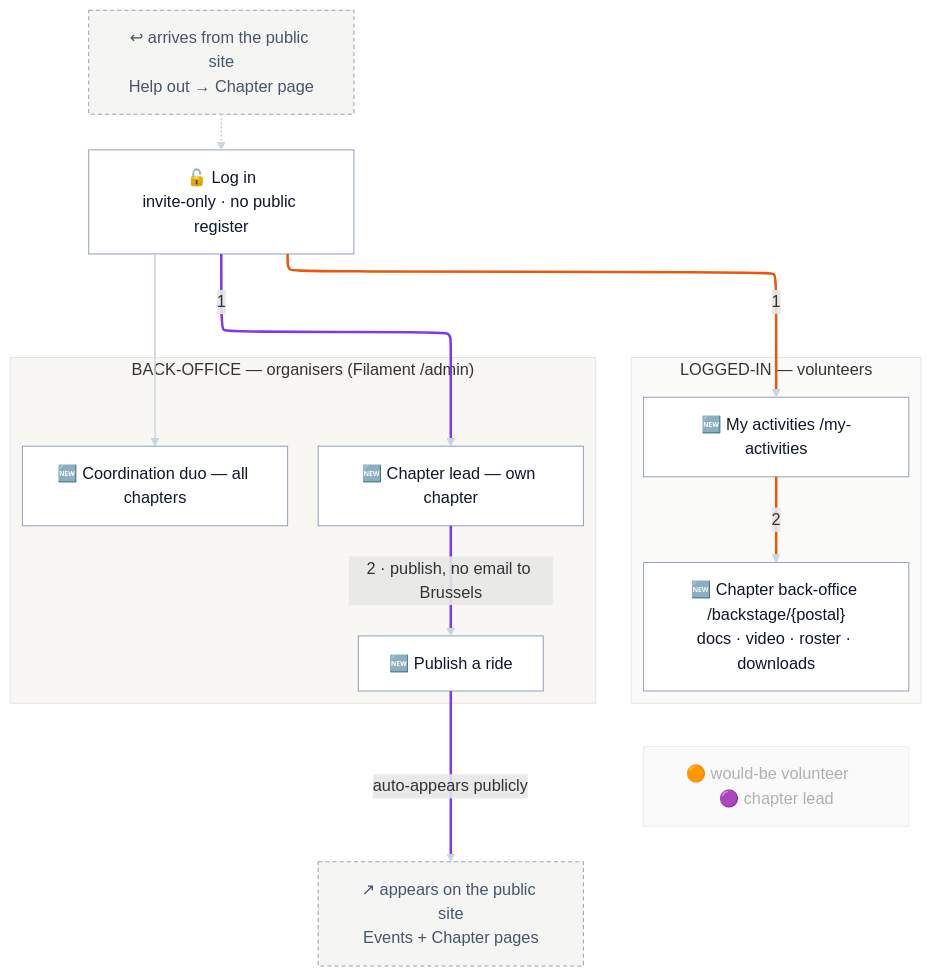
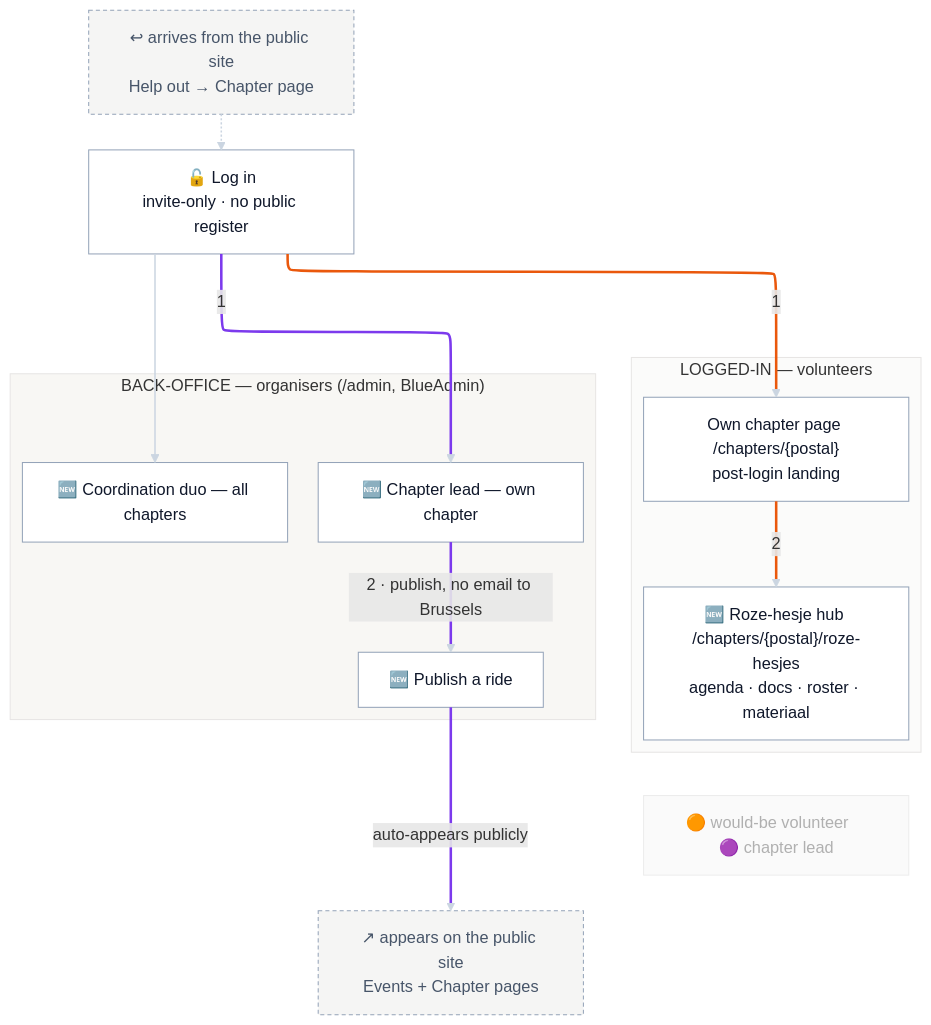
One commit to ndeblauw/kidicalmass changed the diagram in docs/wiki/design/23-sitemap-to-be-private.md. Above: the diagram before and after it, drawn with Mermaid. The commit also changed other lines of this file and 11 other files, not shown here.

First line of the commit message:
docs(design): drop P-08 My activities — roze-hesje hub carries the volunteer layer

````diff
--- a/docs/wiki/design/23-sitemap-to-be-private.md
+++ b/docs/wiki/design/23-sitemap-to-be-private.md
@@ -19,47 +19,47 @@
 ```mermaid
 %%{init: {'layout': 'elk', 'flowchart': {'nodeSpacing': 50, 'rankSpacing': 75, 'curve': 'basis', 'htmlLabels': true}}}%%
 flowchart TD
   classDef page     fill:#ffffff,stroke:#94a3b8,color:#0f172a;
   classDef offpage  fill:#f5f5f4,stroke:#94a3b8,color:#475569,stroke-dasharray:4 3;
   classDef legend   fill:#fafafa,stroke:#ececec,color:#b0b0b0;
 
   FROMPUB["↩ arrives from the public site<br/>Help out → Chapter page"]:::offpage
   LOGIN["🔓 Log in<br/>invite-only · no public register"]:::page
 
   subgraph VOLZ["LOGGED-IN — volunteers"]
     direction LR
-    MYA["🆕 My activities /my-activities"]:::page
-    BACK["🆕 Chapter back-office /backstage/{postal}<br/>docs · video · roster · downloads"]:::page
+    CHAP["Own chapter page /chapters/{postal}<br/>post-login landing"]:::page
+    BACK["🆕 Roze-hesje hub /chapters/{postal}/roze-hesjes<br/>agenda · docs · roster · materiaal"]:::page
   end
 
-  subgraph ADM["BACK-OFFICE — organisers (Filament /admin)"]
+  subgraph ADM["BACK-OFFICE — organisers (/admin, BlueAdmin)"]
     direction LR
     ADMINLEAD["🆕 Chapter lead — own chapter"]:::page
     ADMINPUB["🆕 Publish a ride"]:::page
     ADMINDUO["🆕 Coordination duo — all chapters"]:::page
   end
 
   PUBOUT["↗ appears on the public site<br/>Events + Chapter pages"]:::offpage
   LEG["🟠 would-be volunteer    🟣 chapter lead"]:::legend
 
   %% grey structural (0-1)
   FROMPUB -.-> LOGIN
   LOGIN --> ADMINDUO
   %% 🟠 volunteer (2-3)
-  LOGIN -->|"1"| MYA
-  MYA -->|"2"| BACK
+  LOGIN -->|"1"| CHAP
+  CHAP -->|"2"| BACK
   %% 🟣 chapter lead (4-6)
   LOGIN -->|"1"| ADMINLEAD
   ADMINLEAD -->|"2 · publish, no email to Brussels"| ADMINPUB
   ADMINPUB -->|"auto-appears publicly"| PUBOUT
   %% invisible legend placement (7)
   BACK ~~~ LEG
 
   linkStyle default stroke:#cbd5e1,stroke-width:1.5px;
   linkStyle 2,3 stroke:#ea580c,stroke-width:2.5px;
   linkStyle 4,5,6 stroke:#7c3aed,stroke-width:2.5px;
   linkStyle 7 stroke-width:0px,stroke:none;
 
   style VOLZ fill:#fbfbfa,stroke:#e7e5e4;
   style ADM fill:#f8f7f4,stroke:#e7e5e4;
 ```
````
